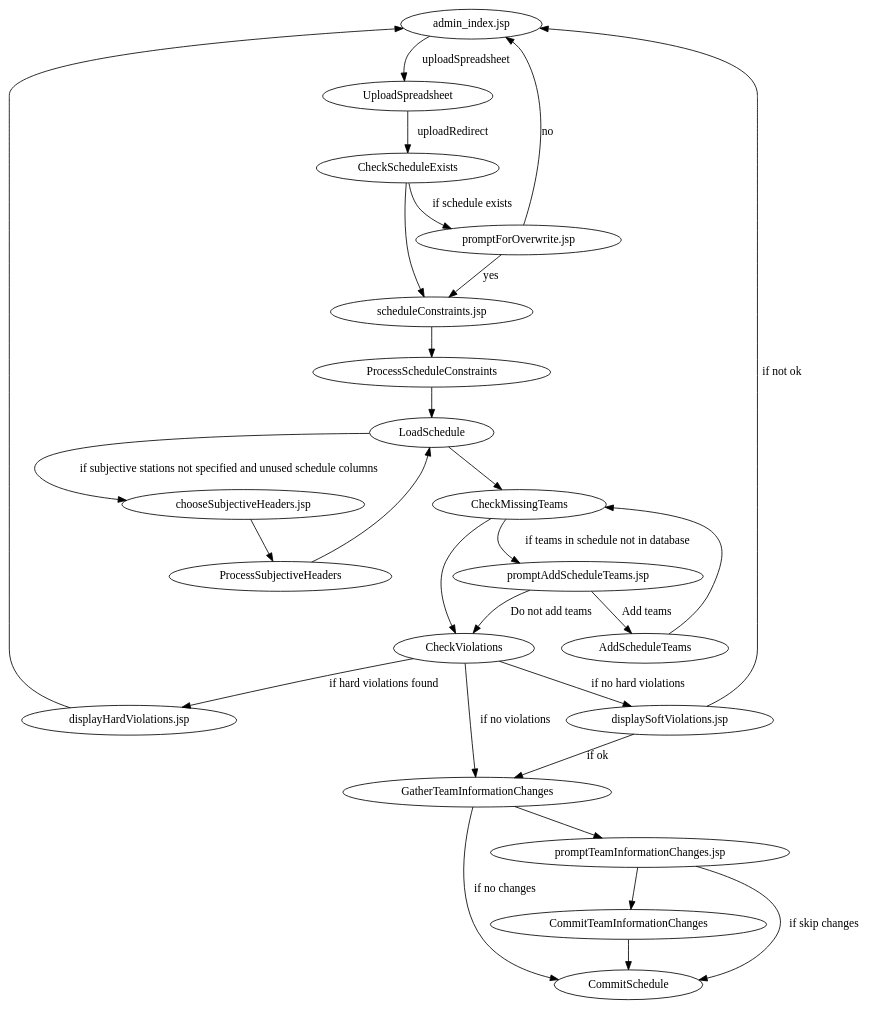
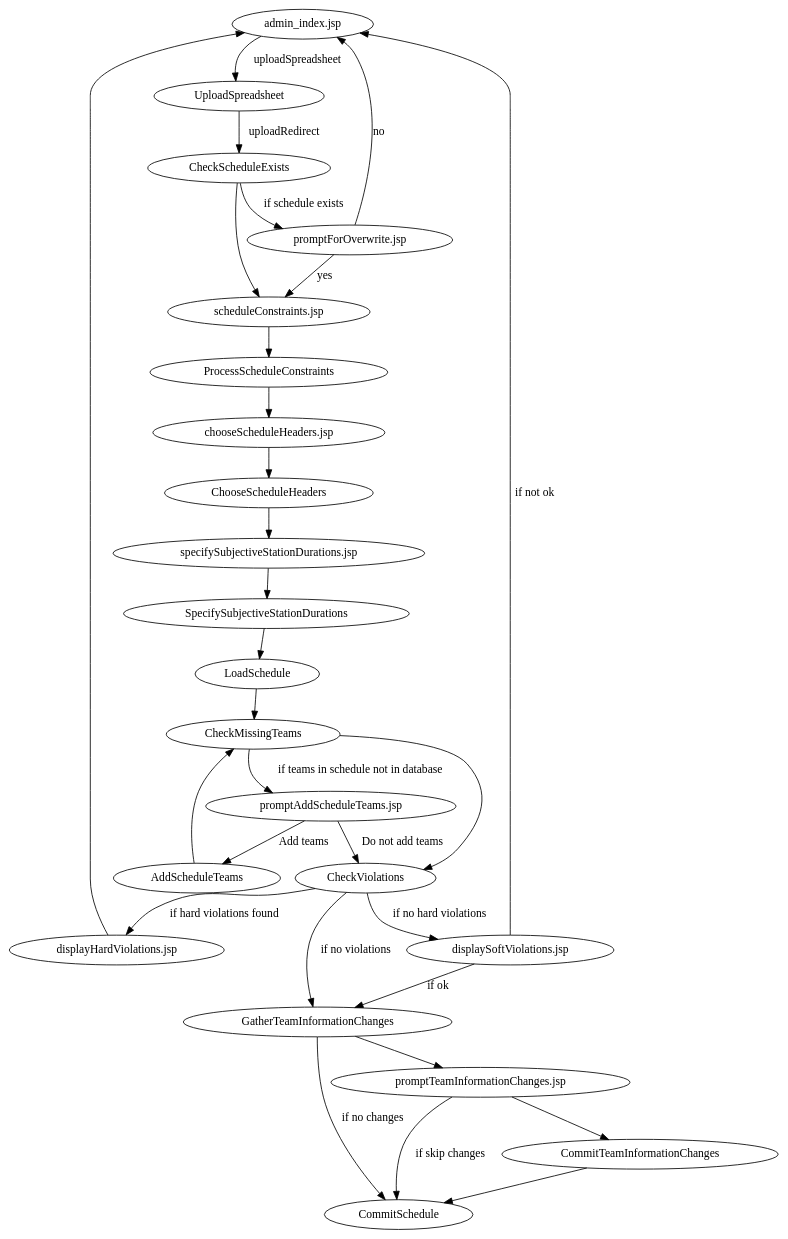
Before and after one commit to jpschewe/fll-sw: the diagram in src/main/documentation/workflows/upload-schedule.dot, drawn with Graphviz. The commit also changed 14 other files, not shown here.

```diff
--- a/src/main/documentation/workflows/upload-schedule.dot
+++ b/src/main/documentation/workflows/upload-schedule.dot
@@ -1,48 +1,52 @@
 digraph UploadSchedule {
 
 "admin_index.jsp" -> UploadSpreadsheet [label="uploadSpreadsheet"];
 
 UploadSpreadsheet -> CheckScheduleExists [label="uploadRedirect"];
 
 CheckScheduleExists -> "promptForOverwrite.jsp" [label="if schedule exists"];
 
 "promptForOverwrite.jsp" -> "scheduleConstraints.jsp" [label="yes"];
 "promptForOverwrite.jsp" -> "admin_index.jsp" [label="no"];
 
 CheckScheduleExists -> "scheduleConstraints.jsp";
 
 "scheduleConstraints.jsp" -> ProcessScheduleConstraints;
-ProcessScheduleConstraints -> LoadSchedule;
+ProcessScheduleConstraints -> "chooseScheduleHeaders.jsp";
+
+"chooseScheduleHeaders.jsp" -> ChooseScheduleHeaders;
+ChooseScheduleHeaders -> "specifySubjectiveStationDurations.jsp";
+
+"specifySubjectiveStationDurations.jsp" -> SpecifySubjectiveStationDurations;
+SpecifySubjectiveStationDurations -> LoadSchedule;
 
 LoadSchedule -> CheckMissingTeams;
 
 CheckMissingTeams -> CheckViolations;
 CheckMissingTeams -> "promptAddScheduleTeams.jsp" [label="if teams in schedule not in database"];
 
 "promptAddScheduleTeams.jsp" -> AddScheduleTeams [label="Add teams"];
 "promptAddScheduleTeams.jsp" -> CheckViolations [label="Do not add teams"];
 
 AddScheduleTeams -> CheckMissingTeams;
 
 CheckViolations -> "GatherTeamInformationChanges" [label="if no violations"];
 CheckViolations -> "displayHardViolations.jsp" [label="if hard violations found"];
 CheckViolations -> "displaySoftViolations.jsp" [label="if no hard violations"];
 
+"displayHardViolations.jsp" -> "admin_index.jsp";
+
+"displaySoftViolations.jsp" -> "GatherTeamInformationChanges" [label="if ok"];
+"displaySoftViolations.jsp" -> "admin_index.jsp" [label="if not ok"];
+
 "GatherTeamInformationChanges" -> "CommitSchedule" [label="if no changes"];
 "GatherTeamInformationChanges" -> "promptTeamInformationChanges.jsp";
 
 "promptTeamInformationChanges.jsp" -> "CommitTeamInformationChanges";
 "promptTeamInformationChanges.jsp" -> "CommitSchedule" [label="if skip changes"];
 
 "CommitTeamInformationChanges" -> "CommitSchedule";
 
-LoadSchedule -> "chooseSubjectiveHeaders.jsp" [label="if subjective stations not specified and unused schedule columns"];
-"chooseSubjectiveHeaders.jsp" -> ProcessSubjectiveHeaders;
-ProcessSubjectiveHeaders -> LoadSchedule;
 
-"displayHardViolations.jsp" -> "admin_index.jsp";
-
-"displaySoftViolations.jsp" -> "GatherTeamInformationChanges" [label="if ok"];
-"displaySoftViolations.jsp" -> "admin_index.jsp" [label="if not ok"];
 
 }
```
